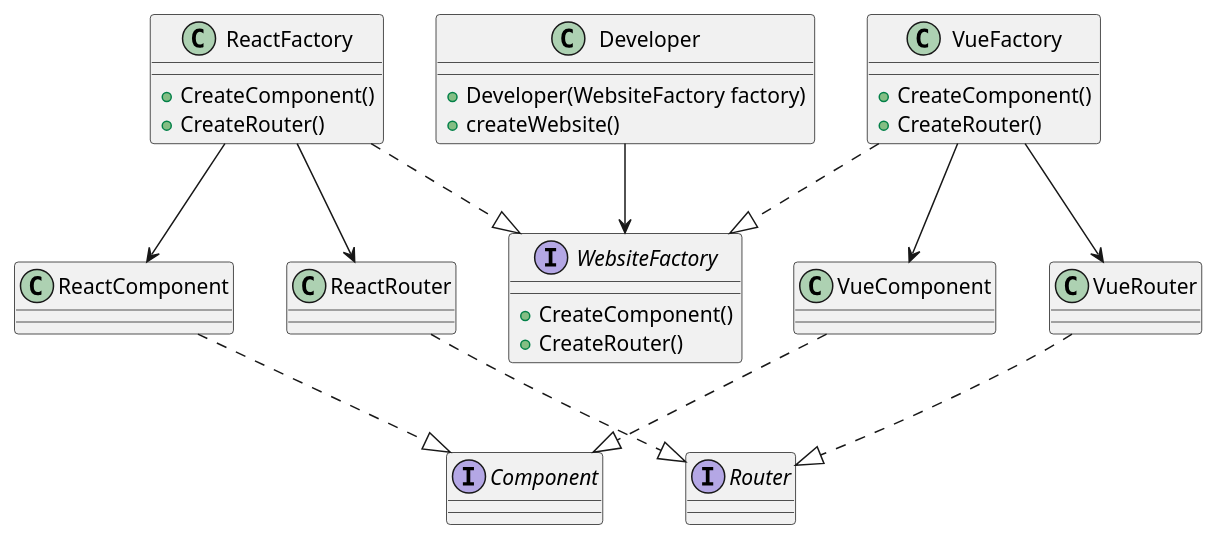
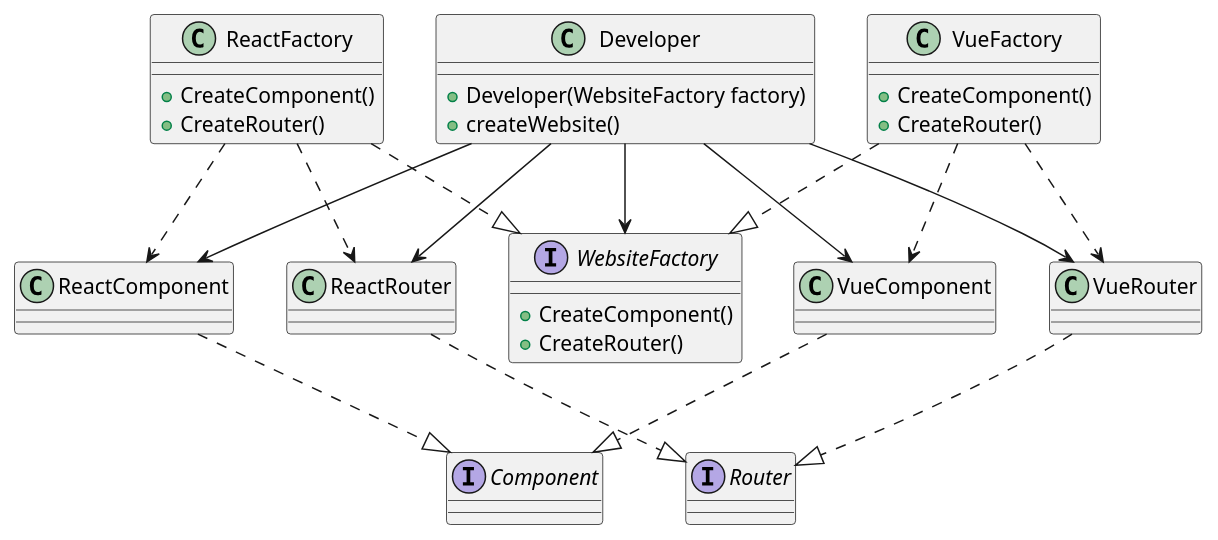
Before and after one commit to gillescoolen/design-patterns: the diagram in patterns/abstract-factory.puml, drawn with PlantUML.

Commit message:
Update abstract factory

```diff
--- a/patterns/abstract-factory.puml
+++ b/patterns/abstract-factory.puml
@@ -1,50 +1,55 @@
 @startuml abstract-factory
 
 class Developer {
   + Developer(WebsiteFactory factory)
   + createWebsite()
 }
 
 interface WebsiteFactory {
   + CreateComponent()
   + CreateRouter()
 }
 
 class ReactFactory {
   + CreateComponent()
   + CreateRouter()
 }
 
 class VueFactory {
   + CreateComponent()
   + CreateRouter()
 }
 
 interface Router
 
 class ReactRouter
 class VueRouter
 
 interface Component
 
 class ReactComponent
 class VueComponent
 
 Developer --> WebsiteFactory
 
 ReactFactory ..|> WebsiteFactory
 VueFactory ..|> WebsiteFactory
 
 ReactRouter ..|> Router
 VueRouter ..|> Router
 
 ReactComponent ..|> Component
 VueComponent ..|> Component
 
-ReactFactory --> ReactComponent
-ReactFactory --> ReactRouter
+ReactFactory ..> ReactComponent
+ReactFactory ..> ReactRouter
 
-VueFactory --> VueComponent
-VueFactory --> VueRouter
+VueFactory ..> VueComponent
+VueFactory ..> VueRouter
+
+Developer --> ReactComponent
+Developer --> ReactRouter
+Developer --> VueComponent
+Developer --> VueRouter
 
 @enduml
```
